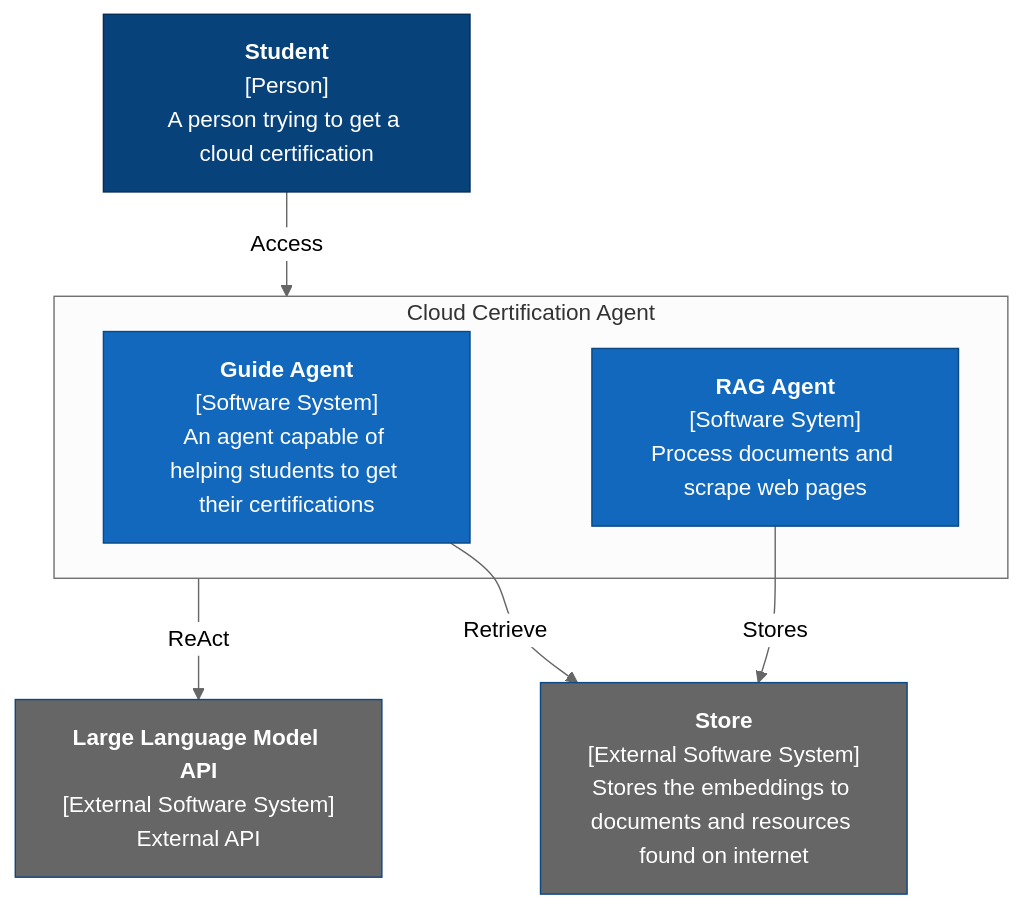
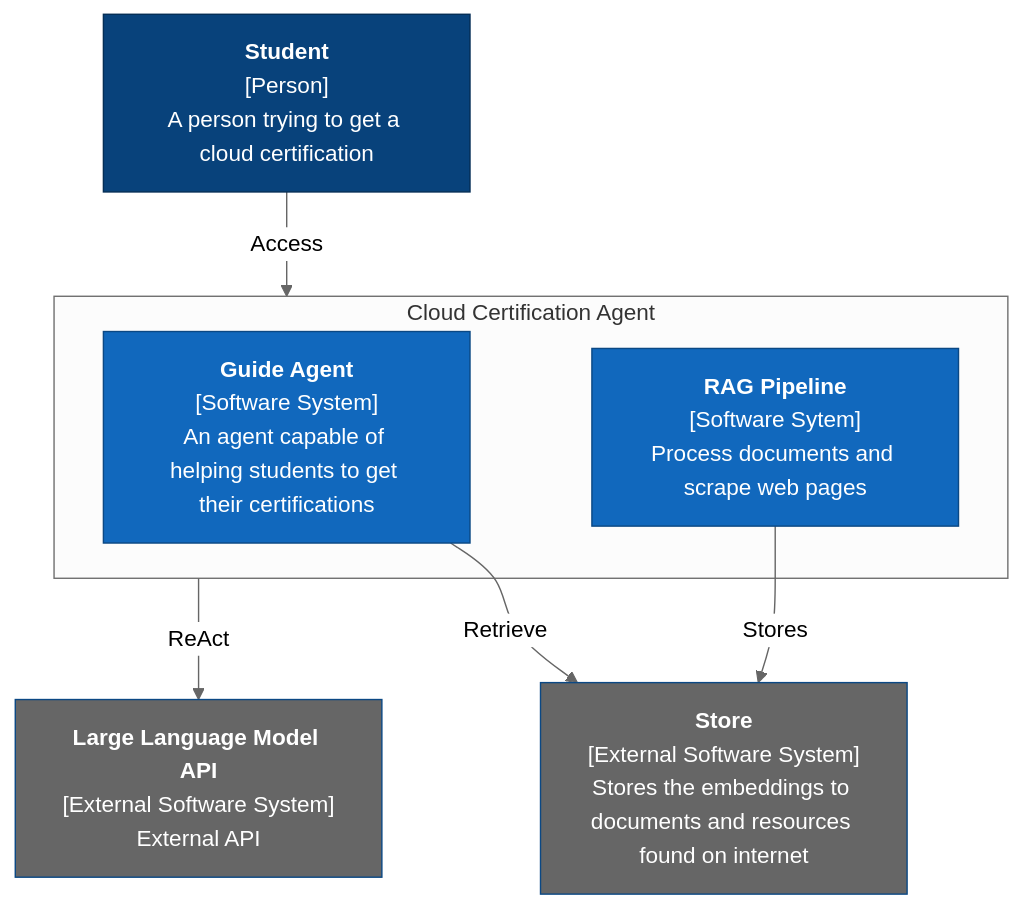
Before and after one commit to jmanuelc87/cloud-certification-agent: the first of 2 diagrams in README.md, drawn with Mermaid (neutral theme). The commit also changed other lines of this file, not shown here.

````diff
--- a/README.md
+++ b/README.md
@@ -7,40 +7,40 @@
 ```mermaid
 flowchart TD
     User["`**Student**
     [Person]
     A person trying to get a cloud certification`"]
 
 
     subgraph CCA[Cloud Certification Agent]
         Guide["`**Guide Agent**
         [Software System]
         An agent capable of helping students to get their certifications`"]
 
-        RAG["`**RAG Agent**
+        RAG["`**RAG Pipeline**
         [Software Sytem]
         Process documents and scrape web pages`"]
     end
 
     LLM["`**Large Language Model API**
     [External Software System]
     External API`"]
 
     DB["`**Store**
     [External Software System]
     Stores the embeddings to documents and resources found on internet`"]
 
     User -- "Access" --> CCA
 
     CCA -- "ReAct" --> LLM
     Guide -- "Retrieve" --> DB
     RAG -- "Stores" --> DB
 
 
     classDef focusSystem fill:#1168bd,stroke:#0b4884,color:#ffffff
     classDef supportingSystem fill:#666,stroke:#0b4884,color:#ffffff
     classDef person fill:#08427b,stroke:#052e56,color:#ffffff
 
     class User person
     class Guide,RAG focusSystem
     class LLM,DB supportingSystem
 ```
````
